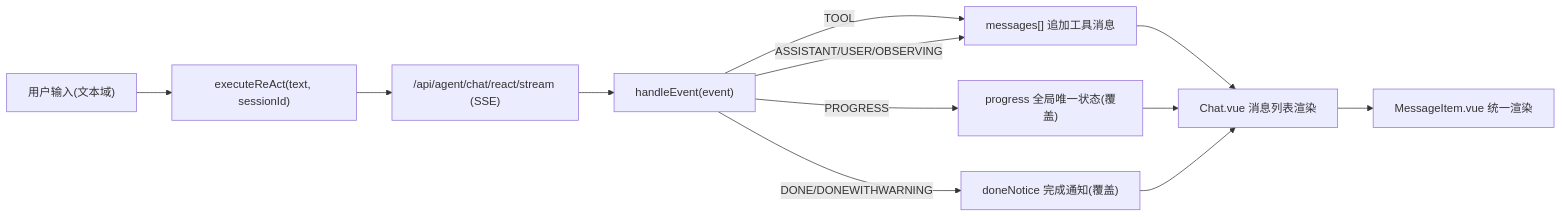
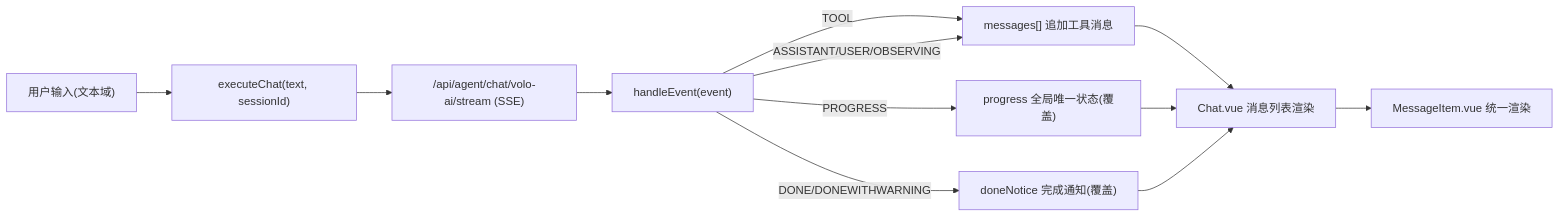
The diagram in dev.md (TheEterna/real-agent-front), drawn with Mermaid before and after one commit. The commit also changed other lines of this file and 554 other files, not shown here.

````diff
--- a/dev.md
+++ b/dev.md
@@ -99,14 +99,14 @@
 ```mermaid
 flowchart LR
-    UI["用户输入(文本域)"] --> EX["executeReAct(text, sessionId)"]
-    EX --> SSE["/api/agent/chat/react/stream (SSE)"]
+    UI["用户输入(文本域)"] --> EX["executeChat(text, sessionId)"]
+    EX --> SSE["/api/agent/chat/volo-ai/stream (SSE)"]
     SSE --> HE["handleEvent(event)"]
     HE -->|TOOL| MSG["messages[] 追加工具消息"]
     HE -->|ASSISTANT/USER/OBSERVING| MSG
     HE -->|PROGRESS| PRO["progress 全局唯一状态(覆盖)"]
     HE -->|DONE/DONEWITHWARNING| DN["doneNotice 完成通知(覆盖)"]
     MSG --> CHAT["Chat.vue 消息列表渲染"]
     PRO --> CHAT
     DN --> CHAT
     CHAT --> MI["MessageItem.vue 统一渲染"]
 ```
````
